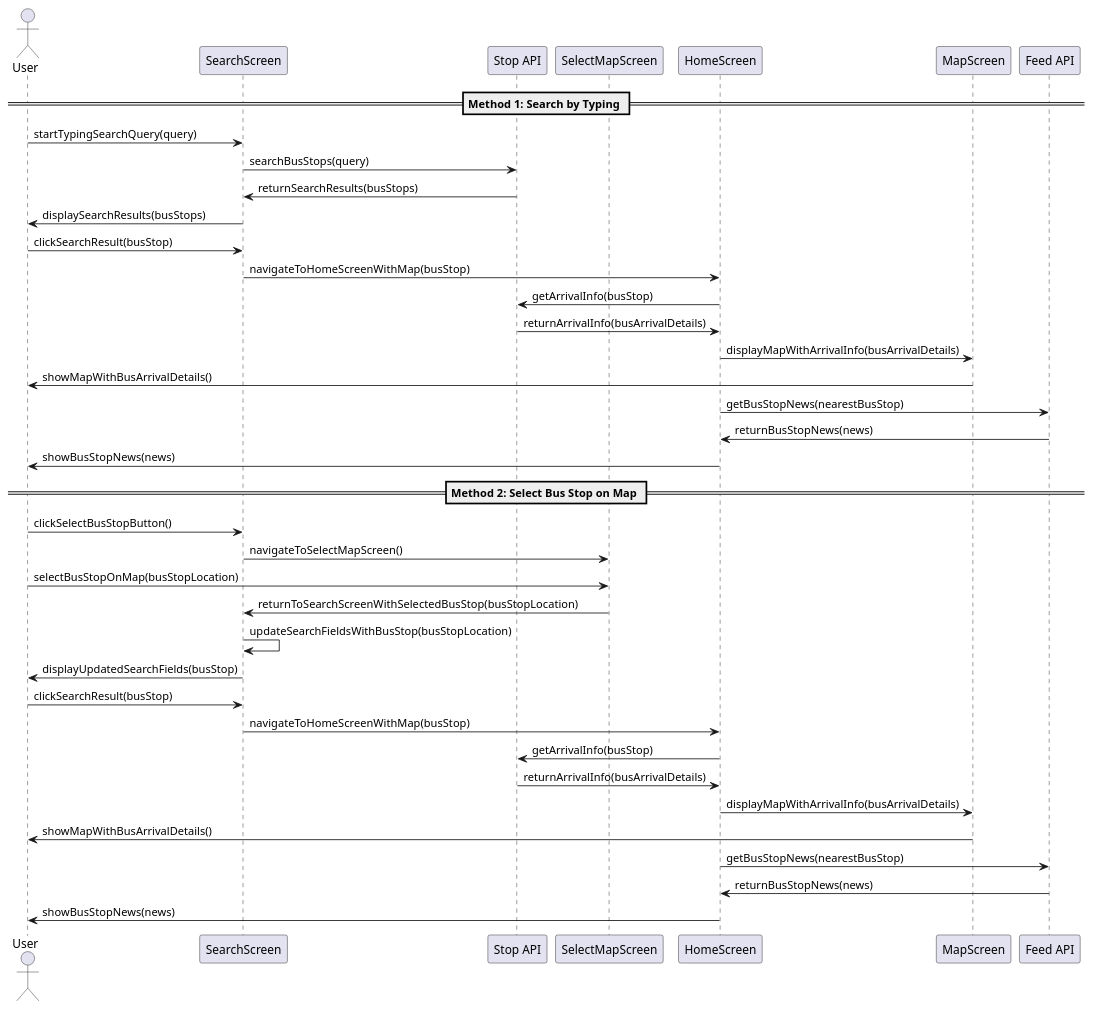
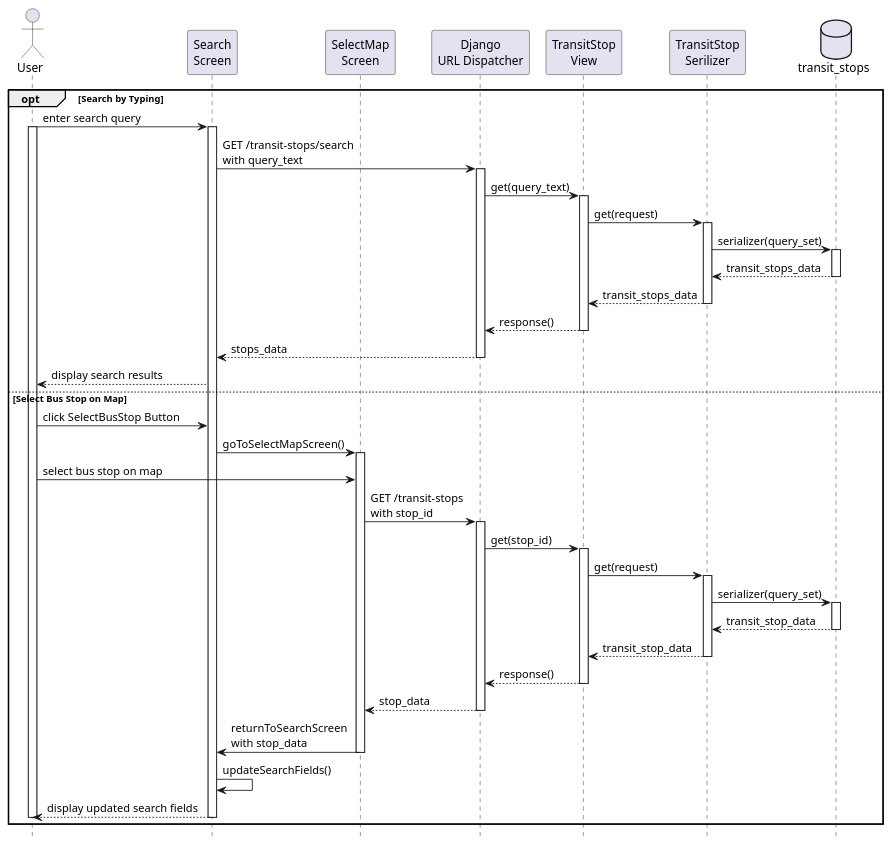
One commit to KMITL-BusBuddy/diagram changed the diagram in search_information/search_stop_information.puml. Above: the diagram before and after it, drawn with PlantUML. The commit also changed 11 other files, not shown here.

Commit message:
update last diagram

```diff
--- a/search_information/search_stop_information.puml
+++ b/search_information/search_stop_information.puml
@@ -1,47 +1,76 @@
-@startuml
+@startuml search transit stops
+
+hide footbox
 
 actor User
-participant SearchScreen
-participant "Stop API" as StopAPI
-participant "SelectMapScreen" as SelectMapScreen
-participant HomeScreen
-participant "MapScreen" as HomeMapScreen
-participant "Feed API" as FeedAPI
+participant "Search\nScreen" as SearchScreen
+participant "SelectMap\nScreen" as SelectMapScreen
 
-== Method 1: Search by Typing ==
-User -> SearchScreen : startTypingSearchQuery(query)
-SearchScreen -> StopAPI : searchBusStops(query)
-StopAPI -> SearchScreen : returnSearchResults(busStops)
-SearchScreen -> User : displaySearchResults(busStops)
+participant "Django\nURL Dispatcher" as API
+participant "TransitStop\nView" as view
+participant "TransitStop\nSerilizer" as serializer
+database "transit_stops" as table_stop
 
-User -> SearchScreen : clickSearchResult(busStop)
-SearchScreen -> HomeScreen : navigateToHomeScreenWithMap(busStop)
-HomeScreen -> StopAPI : getArrivalInfo(busStop)
-StopAPI -> HomeScreen : returnArrivalInfo(busArrivalDetails)
-HomeScreen -> HomeMapScreen : displayMapWithArrivalInfo(busArrivalDetails)
-HomeMapScreen -> User : showMapWithBusArrivalDetails()
 
-HomeScreen -> FeedAPI : getBusStopNews(nearestBusStop)
-FeedAPI -> HomeScreen : returnBusStopNews(news)
-HomeScreen -> User : showBusStopNews(news)
+opt Search by Typing
+    User -> SearchScreen : enter search query
+    activate User
+    activate SearchScreen
+    SearchScreen -> API : GET /transit-stops/search \nwith query_text
+    activate API
 
-== Method 2: Select Bus Stop on Map ==
-User -> SearchScreen : clickSelectBusStopButton()
-SearchScreen -> SelectMapScreen : navigateToSelectMapScreen()
-User -> SelectMapScreen : selectBusStopOnMap(busStopLocation)
-SelectMapScreen -> SearchScreen : returnToSearchScreenWithSelectedBusStop(busStopLocation)
-SearchScreen -> SearchScreen : updateSearchFieldsWithBusStop(busStopLocation)
-SearchScreen -> User : displayUpdatedSearchFields(busStop)
+    ' API Call
+    API -> view: get(query_text)
+    activate view
+    view -> serializer: get(request)
+    activate serializer
+    serializer -> table_stop: serializer(query_set)
+    activate table_stop
+    table_stop --> serializer: transit_stops_data
+    deactivate table_stop
+    serializer --> view: transit_stops_data
+    deactivate serializer
+    view --> API: response()
+    deactivate view
+    
+    ' Display Search Results
+    API --> SearchScreen : stops_data
+    deactivate API
+    SearchScreen --> User : display search results
 
-User -> SearchScreen : clickSearchResult(busStop)
-SearchScreen -> HomeScreen : navigateToHomeScreenWithMap(busStop)
-HomeScreen -> StopAPI : getArrivalInfo(busStop)
-StopAPI -> HomeScreen : returnArrivalInfo(busArrivalDetails)
-HomeScreen -> HomeMapScreen : displayMapWithArrivalInfo(busArrivalDetails)
-HomeMapScreen -> User : showMapWithBusArrivalDetails()
+else Select Bus Stop on Map
+    User -> SearchScreen : click SelectBusStop Button
+    SearchScreen -> SelectMapScreen : goToSelectMapScreen()
+    activate SelectMapScreen
 
-HomeScreen -> FeedAPI : getBusStopNews(nearestBusStop)
-FeedAPI -> HomeScreen : returnBusStopNews(news)
-HomeScreen -> User : showBusStopNews(news)
+    ' Select Bus Stop on Map
+    User -> SelectMapScreen : select bus stop on map
+    SelectMapScreen -> API : GET /transit-stops \nwith stop_id
+    activate API
+    API -> view: get(stop_id)
+    activate view
+    view -> serializer: get(request)
+    activate serializer
+    serializer -> table_stop: serializer(query_set)
+    activate table_stop
+    table_stop --> serializer: transit_stop_data
+    deactivate table_stop
+    serializer --> view: transit_stop_data
+    deactivate serializer
+    view --> API: response()
+    deactivate view
+
+    ' Display Bus Stop on Map
+    API --> SelectMapScreen: stop_data
+    deactivate API
+    SelectMapScreen -> SearchScreen : returnToSearchScreen \nwith stop_data
+    deactivate SelectMapScreen
+    SearchScreen -> SearchScreen : updateSearchFields()
+    SearchScreen --> User : display updated search fields
+    deactivate SearchScreen
+    deactivate User
+end
+
+' divide to after_search_stop_get_arrival.puml
 
 @enduml
```
